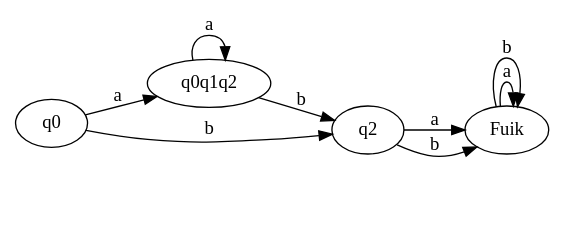
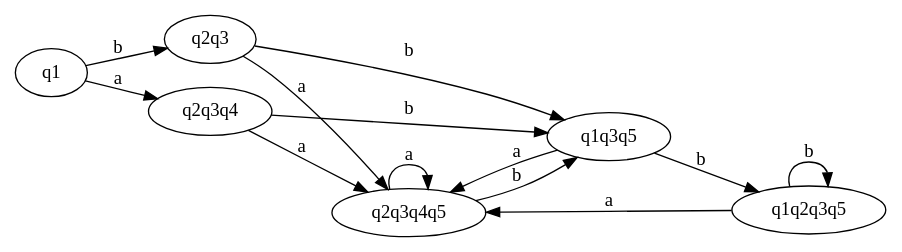
The diagram in formele_methoden/graphs/graph_2.dot (bas200o/formele-methoden), drawn with Graphviz before and after one commit. The commit also changed 11 other files, not shown here.

```diff
--- a/formele_methoden/graphs/graph_2.dot
+++ b/formele_methoden/graphs/graph_2.dot
@@ -1,12 +1,16 @@
 digraph graph_2
 {
 	rankdir =  LR; node_start [label = "", shape = none]; 
-	q0 -> q0q1q2 [label=a]; 
-	q0 -> q2 [label=b]; 
-	q0q1q2 -> q0q1q2 [label=a]; 
-	q0q1q2 -> q2 [label=b]; 
-	q2 -> Fuik [label=a]; 
-	q2 -> Fuik [label=b]; 
-	Fuik -> Fuik [label=a]; 
-	Fuik -> Fuik [label=b]; 
+	q1 -> q2q3q4 [label=a]; 
+	q1 -> q2q3 [label=b]; 
+	q2q3q4 -> q2q3q4q5 [label=a]; 
+	q2q3q4 -> q1q3q5 [label=b]; 
+	q2q3 -> q2q3q4q5 [label=a]; 
+	q2q3 -> q1q3q5 [label=b]; 
+	q2q3q4q5 -> q2q3q4q5 [label=a]; 
+	q2q3q4q5 -> q1q3q5 [label=b]; 
+	q1q3q5 -> q2q3q4q5 [label=a]; 
+	q1q3q5 -> q1q2q3q5 [label=b]; 
+	q1q2q3q5 -> q2q3q4q5 [label=a]; 
+	q1q2q3q5 -> q1q2q3q5 [label=b]; 
 }
```
